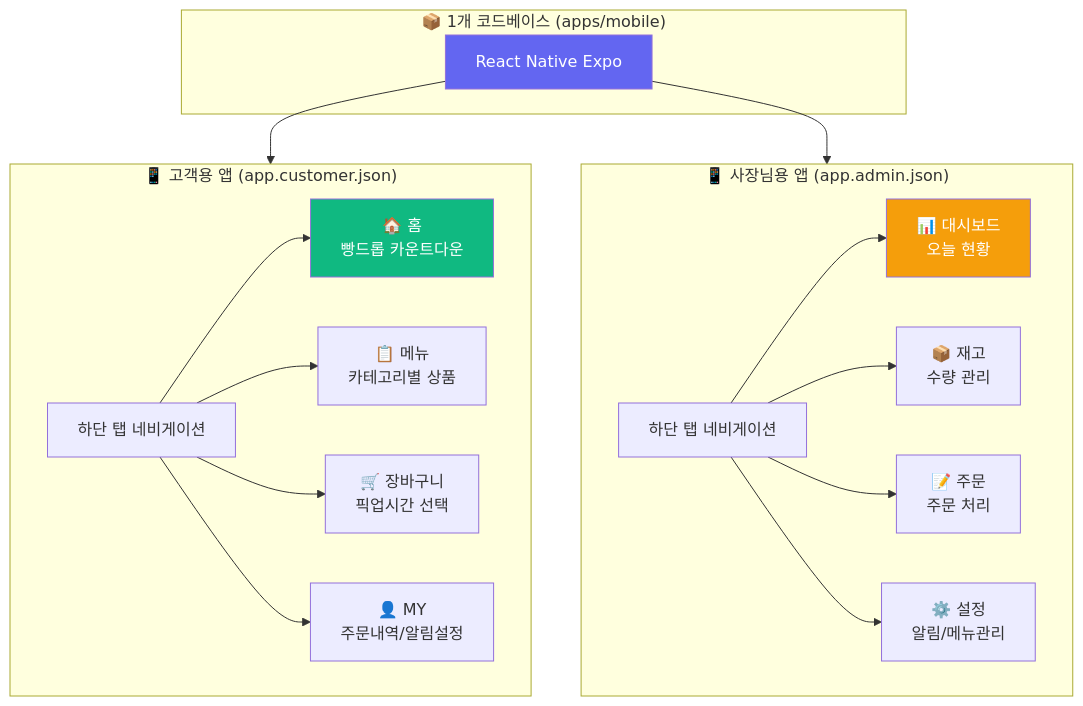
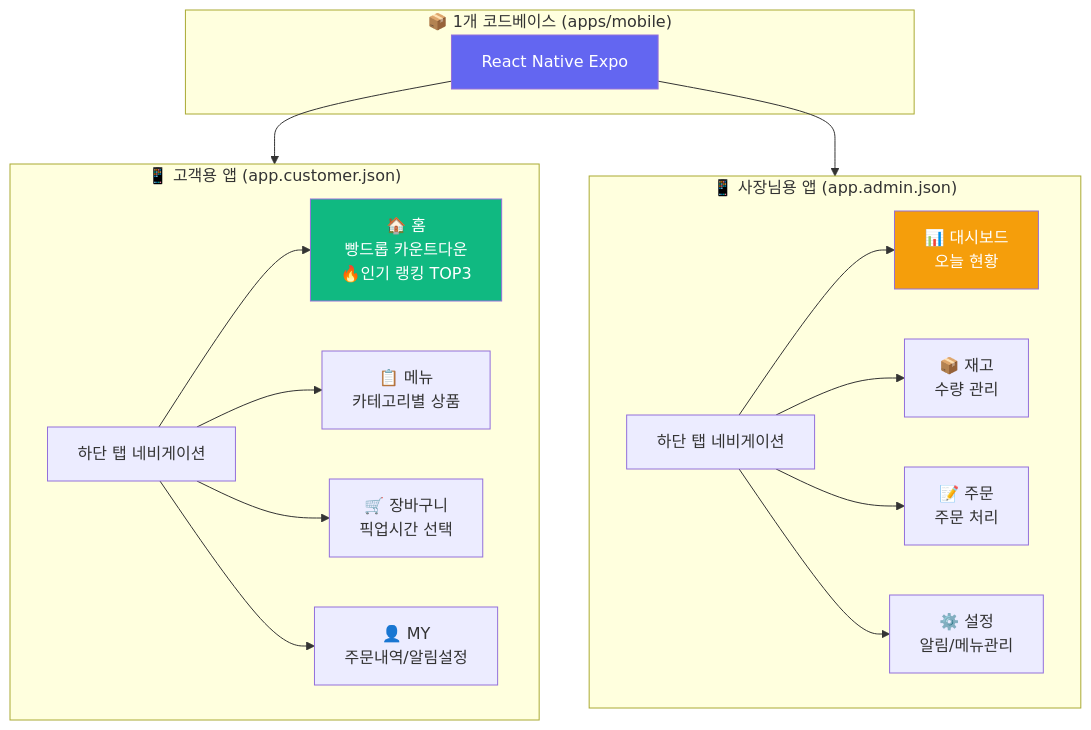
Before and after one commit to jongwoo108/v_bakery: the first of 8 diagrams in docs/flowchart_visual_guide.md, drawn with Mermaid. The commit also changed other lines of this file and 6 other files, not shown here.

````diff
--- a/docs/flowchart_visual_guide.md
+++ b/docs/flowchart_visual_guide.md
@@ -12,29 +12,29 @@
 ```mermaid
 graph TB
     subgraph "📦 1개 코드베이스 (apps/mobile)"
         CODE[React Native Expo]
     end
     
     CODE --> CUSTOMER
     CODE --> ADMIN
     
     subgraph CUSTOMER["📱 고객용 앱 (app.customer.json)"]
         C_TAB["하단 탭 네비게이션"]
-        C_TAB --> C1["🏠 홈<br/>빵드롭 카운트다운"]
+        C_TAB --> C1["🏠 홈<br/>빵드롭 카운트다운<br/>🔥인기 랭킹 TOP3"]
         C_TAB --> C2["📋 메뉴<br/>카테고리별 상품"]
         C_TAB --> C3["🛒 장바구니<br/>픽업시간 선택"]
         C_TAB --> C4["👤 MY<br/>주문내역/알림설정"]
     end
     
     subgraph ADMIN["📱 사장님용 앱 (app.admin.json)"]
         A_TAB["하단 탭 네비게이션"]
         A_TAB --> A1["📊 대시보드<br/>오늘 현황"]
         A_TAB --> A2["📦 재고<br/>수량 관리"]
         A_TAB --> A3["📝 주문<br/>주문 처리"]
         A_TAB --> A4["⚙️ 설정<br/>알림/메뉴관리"]
     end
     
     style CODE fill:#6366f1,color:#fff
     style C1 fill:#10b981,color:#fff
     style A1 fill:#f59e0b,color:#fff
 ```
````
